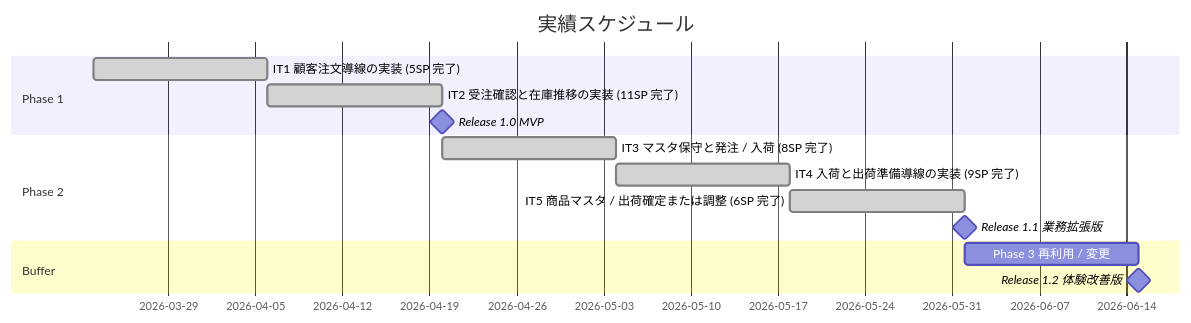
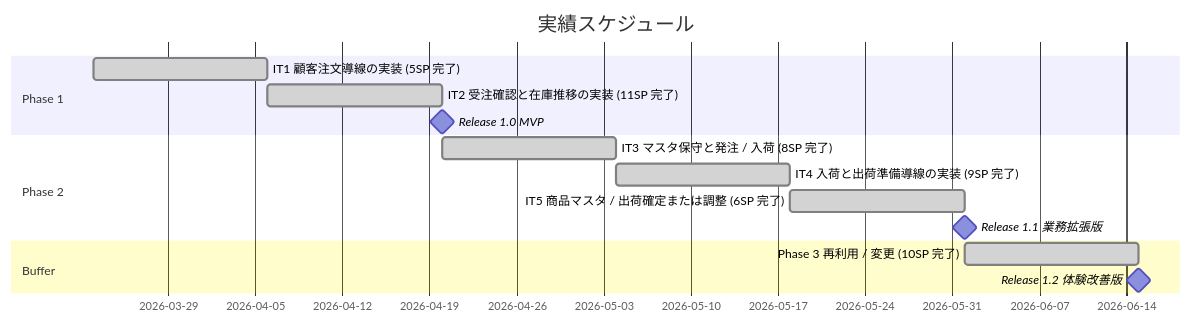
The second of 3 diagrams in docs/development/release_plan.md (k2works/case-study-sdd-development), drawn with Mermaid before and after one commit. The commit also changed other lines of this file and 7 other files, not shown here.

````diff
--- a/docs/development/release_plan.md
+++ b/docs/development/release_plan.md
@@ -155,17 +163,17 @@
 ```mermaid
 gantt
     title 実績スケジュール
     dateFormat  YYYY-MM-DD
     section Phase 1
     IT1 顧客注文導線の実装 (5SP 完了)    :done, a1, 2026-03-23, 14d
     IT2 受注確認と在庫推移の実装 (11SP 完了) :done, a2, after a1, 14d
     Release 1.0 MVP                    :milestone, m1, after a2, 0d
     section Phase 2
     IT3 マスタ保守と発注 / 入荷 (8SP 完了) :done, a3, after a2, 14d
     IT4 入荷と出荷準備導線の実装 (9SP 完了) :done, a4, after a3, 14d
     IT5 商品マスタ / 出荷確定または調整 (6SP 完了) :done, a5, after a4, 14d
     Release 1.1 業務拡張版              :milestone, m2, after a5, 0d
     section Buffer
-    Phase 3 再利用 / 変更               :a6, after m2, 14d
+    Phase 3 再利用 / 変更 (10SP 完了)    :done, a6, after m2, 14d
     Release 1.2 体験改善版              :milestone, m3, after a6, 0d
 ```
````
